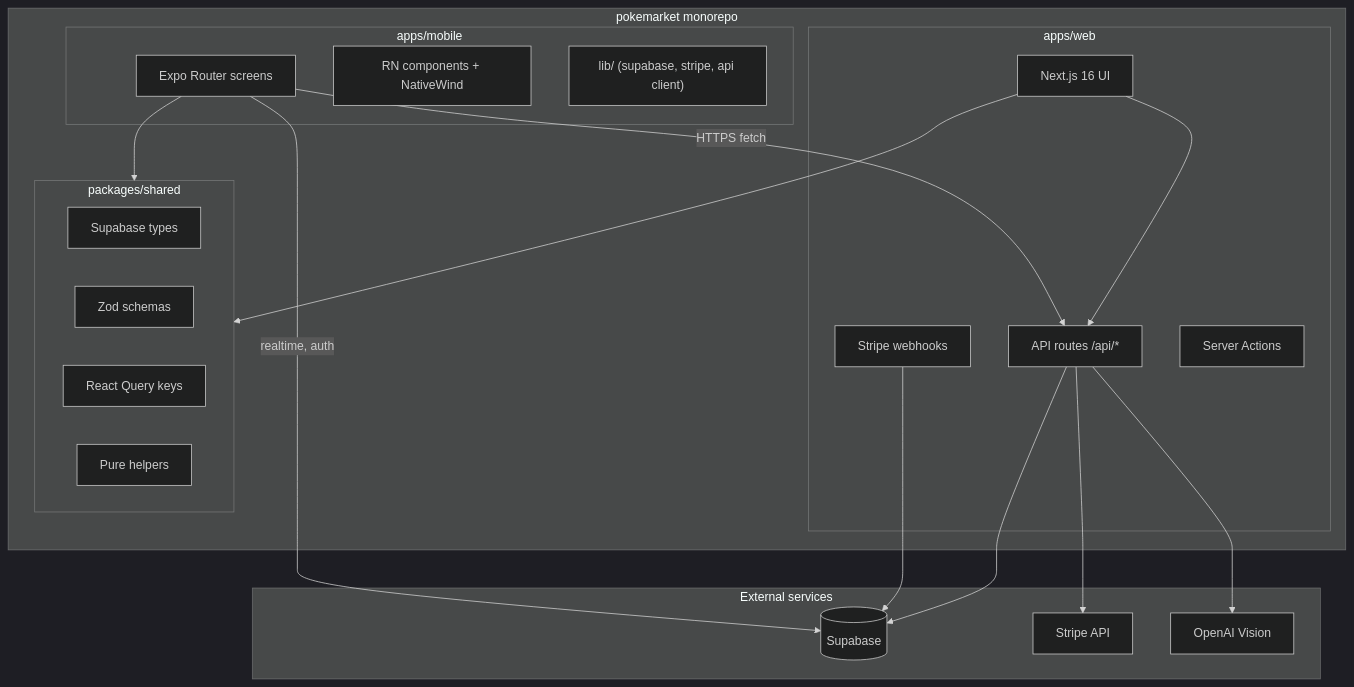
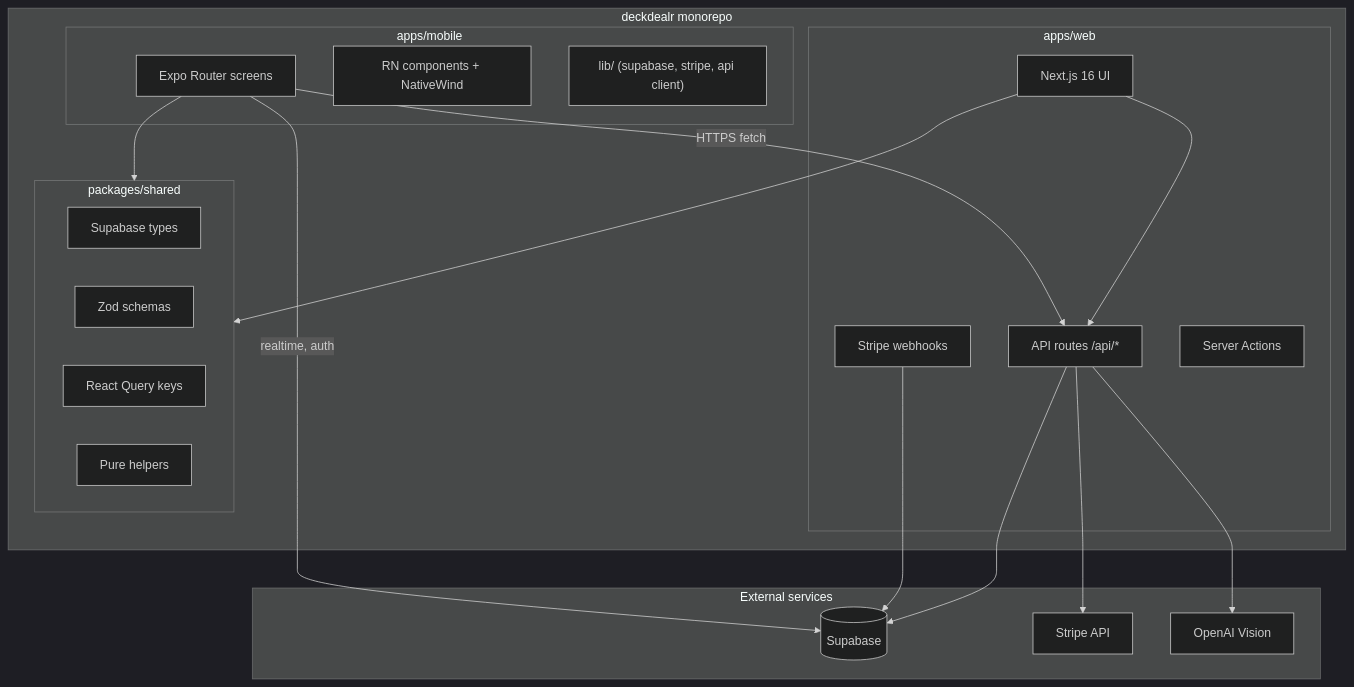
Before and after one commit to w63-owner/pokemarket: the diagram in docs/REACT_NATIVE_PLAN.md, drawn with Mermaid (dark theme). The commit also changed other lines of this file and 277 other files, not shown here.

````diff
--- a/docs/REACT_NATIVE_PLAN.md
+++ b/docs/REACT_NATIVE_PLAN.md
@@ -30,38 +30,38 @@
 ```mermaid
 flowchart TB
-  subgraph monorepo [pokemarket monorepo]
+  subgraph monorepo [deckdealr monorepo]
     subgraph web [apps/web]
       WebUI[Next.js 16 UI]
       ApiRoutes["API routes /api/*"]
       Webhooks["Stripe webhooks"]
       Actions[Server Actions]
     end
     subgraph mobile [apps/mobile]
       ExpoRouter[Expo Router screens]
       RNComponents[RN components + NativeWind]
       MobileLib["lib/ (supabase, stripe, api client)"]
     end
     subgraph shared [packages/shared]
       Types[Supabase types]
       Validations[Zod schemas]
       QueryKeys[React Query keys]
       Helpers[Pure helpers]
     end
   end
 
   subgraph external [External services]
     Supabase[(Supabase)]
     Stripe[Stripe API]
     OpenAI[OpenAI Vision]
   end
 
   WebUI --> shared
   ExpoRouter --> shared
   WebUI --> ApiRoutes
   ExpoRouter -->|HTTPS fetch| ApiRoutes
   ApiRoutes --> Supabase
   ApiRoutes --> Stripe
   ApiRoutes --> OpenAI
   Webhooks --> Supabase
   ExpoRouter -->|"realtime, auth"| Supabase
 ```
````
